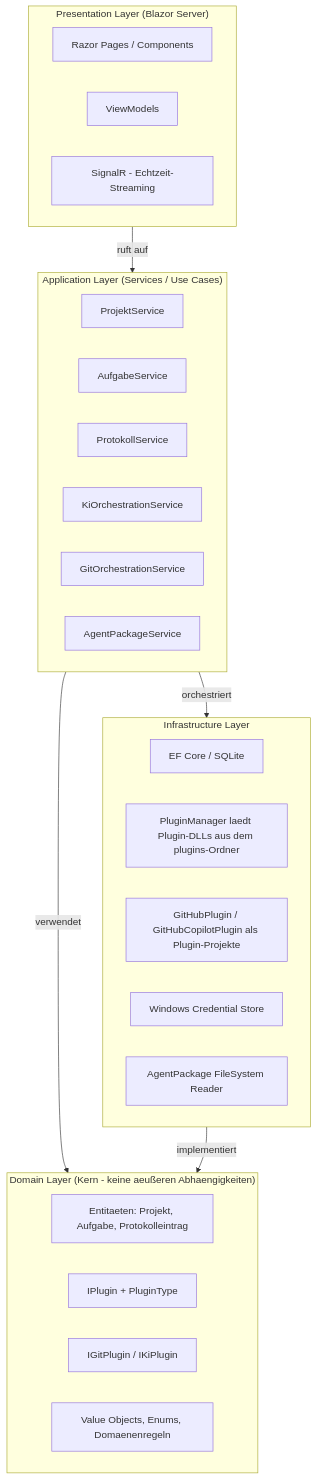
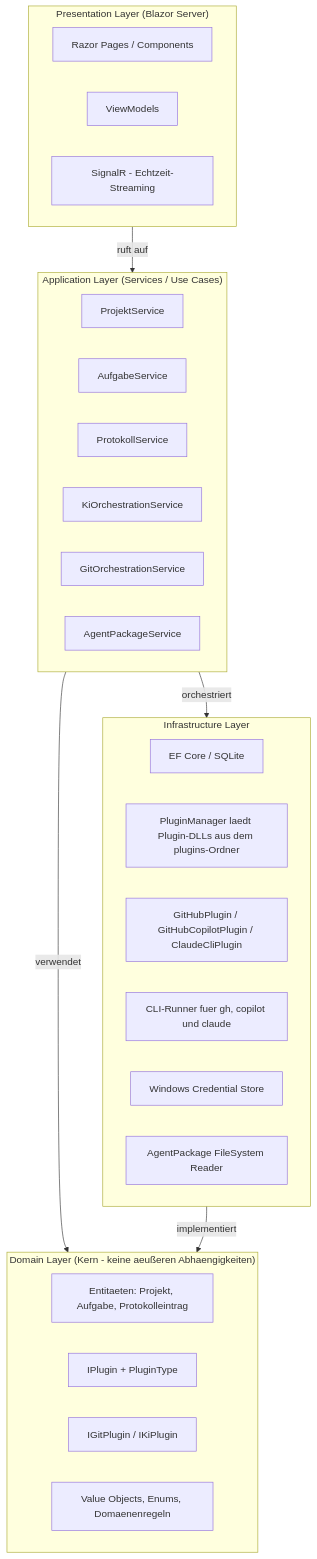
Before and after one commit to martin-stromberg/Softwareschmiede: the diagram in README.md, drawn with Mermaid. The commit also changed other lines of this file and 28 other files, not shown here.

Commit message:
Implementierung des Claude-Plugin

````diff
--- a/README.md
+++ b/README.md
@@ -353,37 +383,38 @@
 ```mermaid
 flowchart TB
     subgraph Presentation["Presentation Layer (Blazor Server)"]
         PRL1["Razor Pages / Components"]
         PRL2["ViewModels"]
         PRL3["SignalR - Echtzeit-Streaming"]
     end
 
     subgraph Application["Application Layer (Services / Use Cases)"]
         APL1["ProjektService"]
         APL2["AufgabeService"]
         APL3["ProtokollService"]
         APL4["KiOrchestrationService"]
         APL5["GitOrchestrationService"]
         APL6["AgentPackageService"]
     end
 
     subgraph Domain["Domain Layer (Kern - keine aeußeren Abhaengigkeiten)"]
         DOL1["Entitaeten: Projekt, Aufgabe, Protokolleintrag"]
         DOL2["IPlugin + PluginType"]
         DOL3["IGitPlugin / IKiPlugin"]
         DOL4["Value Objects, Enums, Domaenenregeln"]
     end
  
     subgraph Infrastructure["Infrastructure Layer"]
         INL1["EF Core / SQLite"]
         INL2["PluginManager laedt Plugin-DLLs aus dem plugins-Ordner"]
-        INL3["GitHubPlugin / GitHubCopilotPlugin als Plugin-Projekte"]
-        INL4["Windows Credential Store"]
-        INL5["AgentPackage FileSystem Reader"]
+        INL3["GitHubPlugin / GitHubCopilotPlugin / ClaudeCliPlugin"]
+        INL4["CLI-Runner fuer gh, copilot und claude"]
+        INL5["Windows Credential Store"]
+        INL6["AgentPackage FileSystem Reader"]
     end
 
     Presentation -->|ruft auf| Application
     Application -->|verwendet| Domain
     Application -->|orchestriert| Infrastructure
     Infrastructure -->|implementiert| Domain
 ```
````
